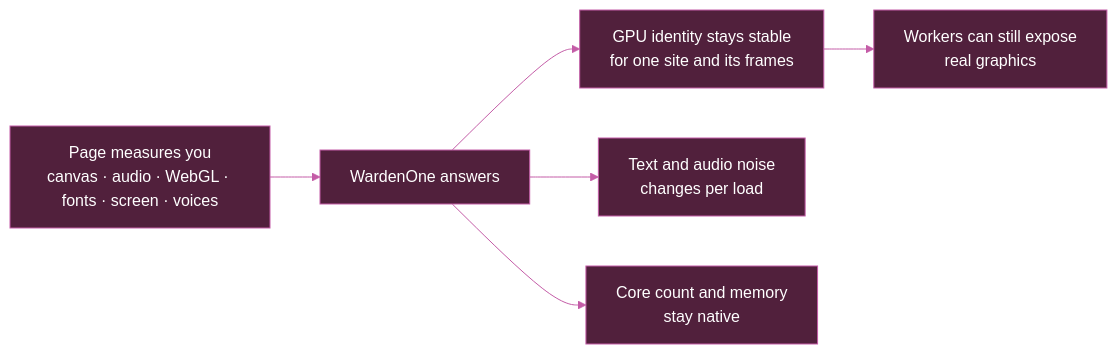
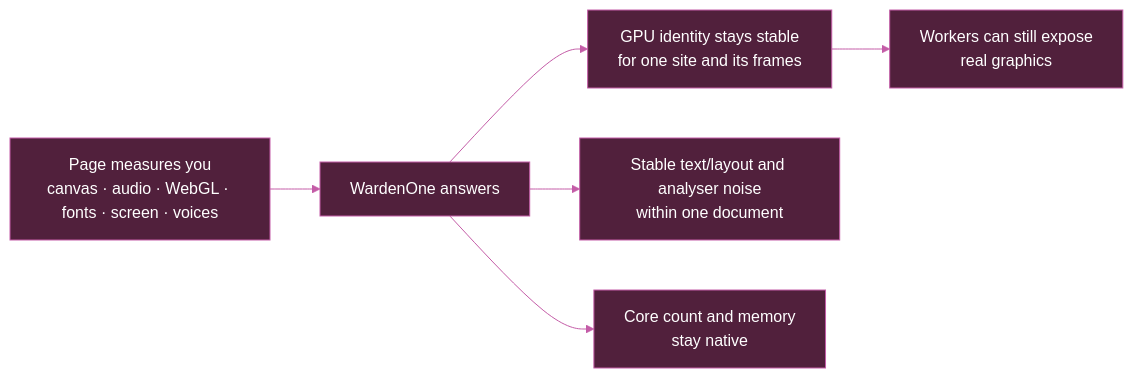
Before and after one commit to iri-dev/WardenOne: the fourth of 6 diagrams in README.md, drawn with Mermaid. The commit also changed other lines of this file and 365 other files, not shown here.

````diff
--- a/README.md
+++ b/README.md
@@ -1108,11 +1210,11 @@
 ```mermaid
 flowchart LR
     Ask["Page measures you<br/>canvas · audio · WebGL · fonts · screen · voices"] --> Shield["WardenOne answers"]
     Shield --> Stable["GPU identity stays stable<br/>for one site and its frames"]
-    Shield --> Noise["Text and audio noise<br/>changes per load"]
+    Shield --> Noise["Stable text/layout and analyser noise<br/>within one document"]
     Shield --> Native["Core count and memory<br/>stay native"]
     Stable --> Limit["Workers can still expose<br/>real graphics"]
     classDef warden fill:#51203c,stroke:#c45ca7,color:#ffffff
     class Ask,Shield,Stable,Noise,Native,Limit warden
     linkStyle default stroke:#c45ca7
 ```
````
